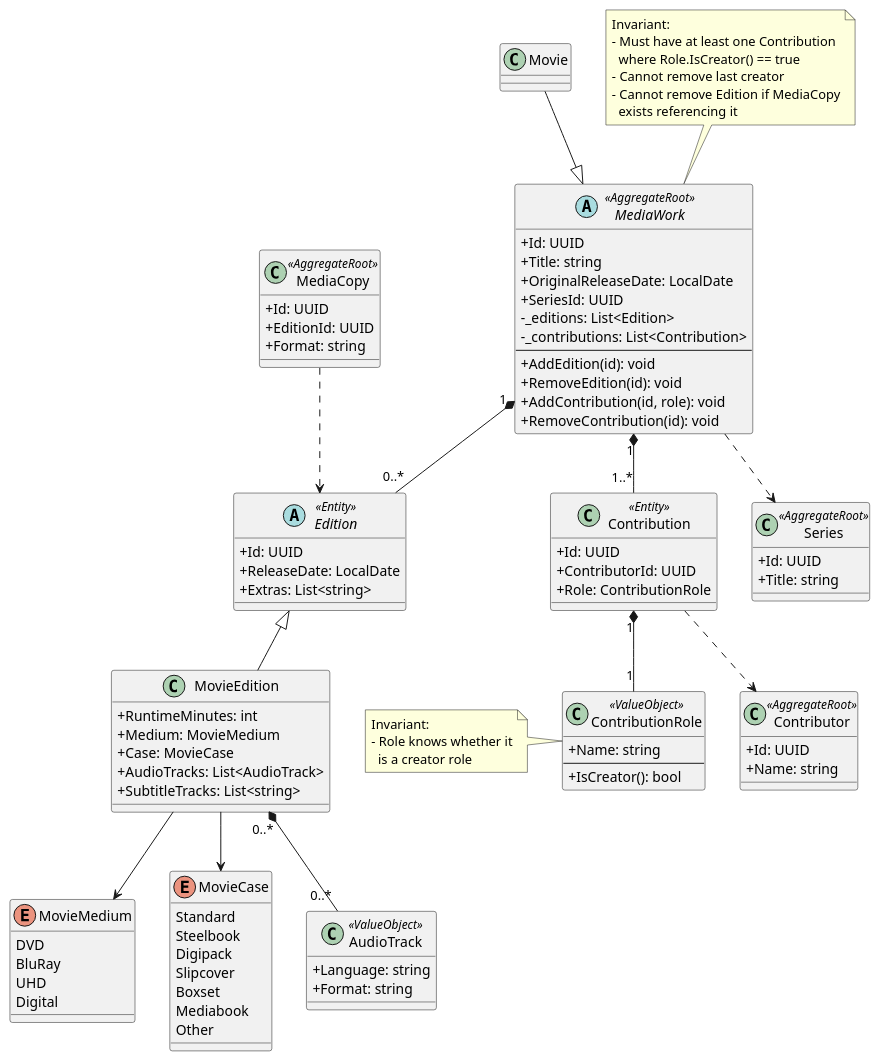
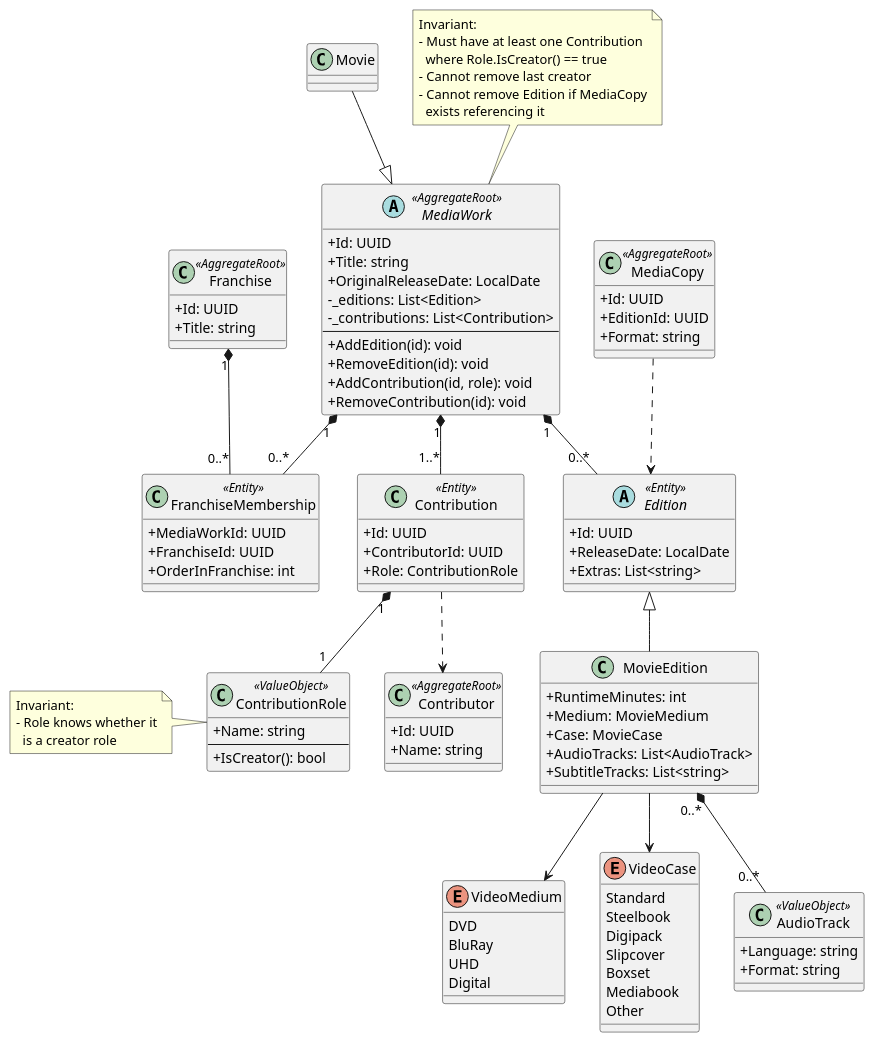
One commit to yantue/colleq changed the diagram in docs/uml/domain-work.puml. Above: the diagram before and after it, drawn with PlantUML.

Commit message:
docs: Update Series modelling and name  to allow multiple memberships

```diff
--- a/docs/uml/domain-work.puml
+++ b/docs/uml/domain-work.puml
@@ -1,113 +1,119 @@
 @startuml
 skinparam classAttributeIconSize 0
 
-class Series <<AggregateRoot>> {
+class Franchise <<AggregateRoot>> {
     +Id: UUID
     +Title: string
+}
+
+class FranchiseMembership <<Entity>> {
+    +MediaWorkId: UUID
+    +FranchiseId: UUID
+    +OrderInFranchise: int
 }
 
 abstract class MediaWork <<AggregateRoot>> {
     +Id: UUID
     +Title: string
     +OriginalReleaseDate: LocalDate
-    +SeriesId: UUID
     -_editions: List<Edition>
     -_contributions: List<Contribution>
     --
     +AddEdition(id): void
     +RemoveEdition(id): void
     +AddContribution(id, role): void
     +RemoveContribution(id): void
 }
 
 class Movie
 
 abstract class Edition <<Entity>> {
     +Id: UUID
     +ReleaseDate: LocalDate
     +Extras: List<string>
 }
 
 class MovieEdition {
     +RuntimeMinutes: int
     +Medium: MovieMedium
     +Case: MovieCase
     +AudioTracks: List<AudioTrack>
     +SubtitleTracks: List<string>
 }
 
-enum MovieMedium {
+enum VideoMedium {
     DVD
     BluRay
     UHD
     Digital
 }
 
-enum MovieCase {
+enum VideoCase {
     Standard
     Steelbook
     Digipack
     Slipcover
     Boxset
     Mediabook
     Other
 }
 
 class AudioTrack <<ValueObject>> {
     +Language: string
     +Format: string
 }
 
-MediaWork ..> Series
+Franchise "1" *-- "0..*" FranchiseMembership
+MediaWork "1" *-- "0..*" FranchiseMembership
 MediaWork "1" *-- "0..*" Edition
 Movie --|> MediaWork
 Edition <|-- MovieEdition
 MovieEdition "0..*" *-- "0..*" AudioTrack
-MovieEdition --> MovieMedium
-MovieEdition --> MovieCase
+MovieEdition --> VideoMedium
+MovieEdition --> VideoCase
 
 class Contributor <<AggregateRoot>> {
     +Id: UUID
     +Name: string
 }
 
 class ContributionRole <<ValueObject>> {
     +Name: string
     --
     +IsCreator(): bool
 }
 
 note left of ContributionRole
 Invariant:
 - Role knows whether it
   is a creator role
 end note
 
 class Contribution <<Entity>> {
     +Id: UUID
     +ContributorId: UUID
     +Role: ContributionRole
 }
 
 MediaWork "1" *-- "1..*" Contribution
 Contribution "1" *-- "1" ContributionRole
 Contribution ..> Contributor
 
 note top of MediaWork
 Invariant:
 - Must have at least one Contribution
   where Role.IsCreator() == true
 - Cannot remove last creator
 - Cannot remove Edition if MediaCopy
   exists referencing it
 end note
 
 class MediaCopy <<AggregateRoot>> {
     +Id: UUID
     +EditionId: UUID
     +Format: string
 }
 
 MediaCopy ..> Edition
 
 @enduml
```
